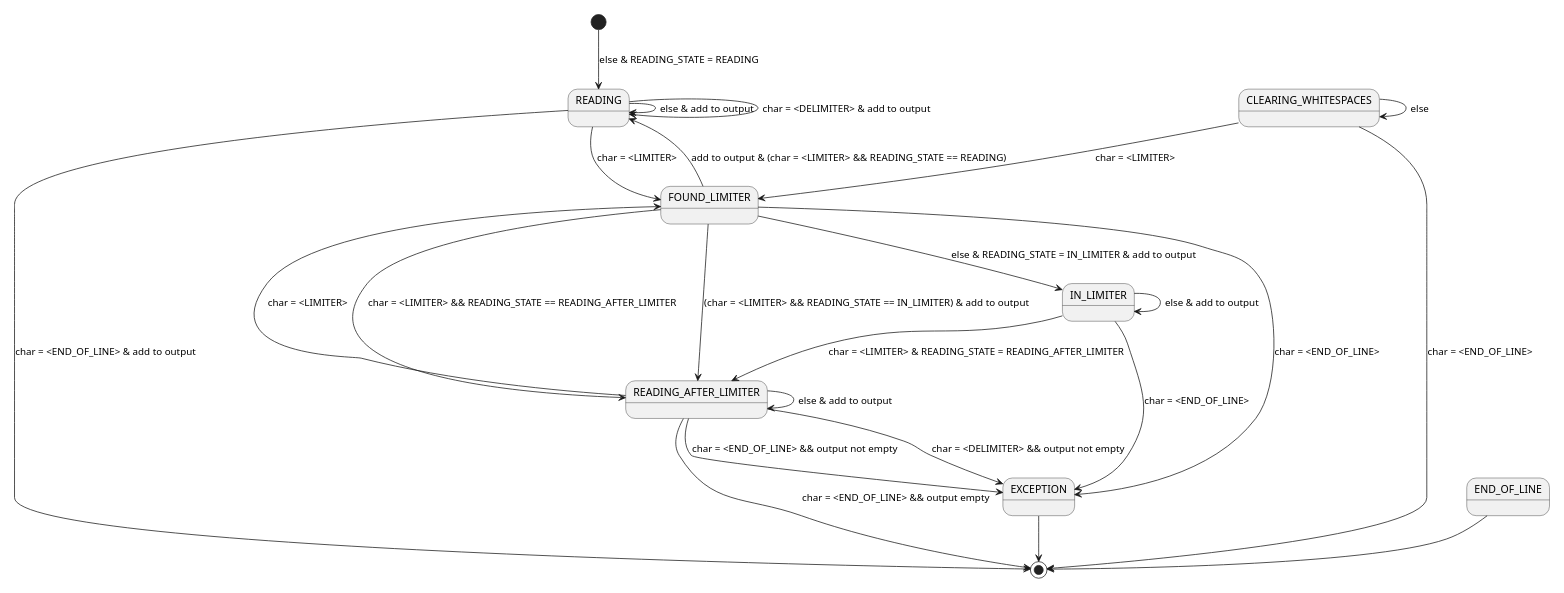
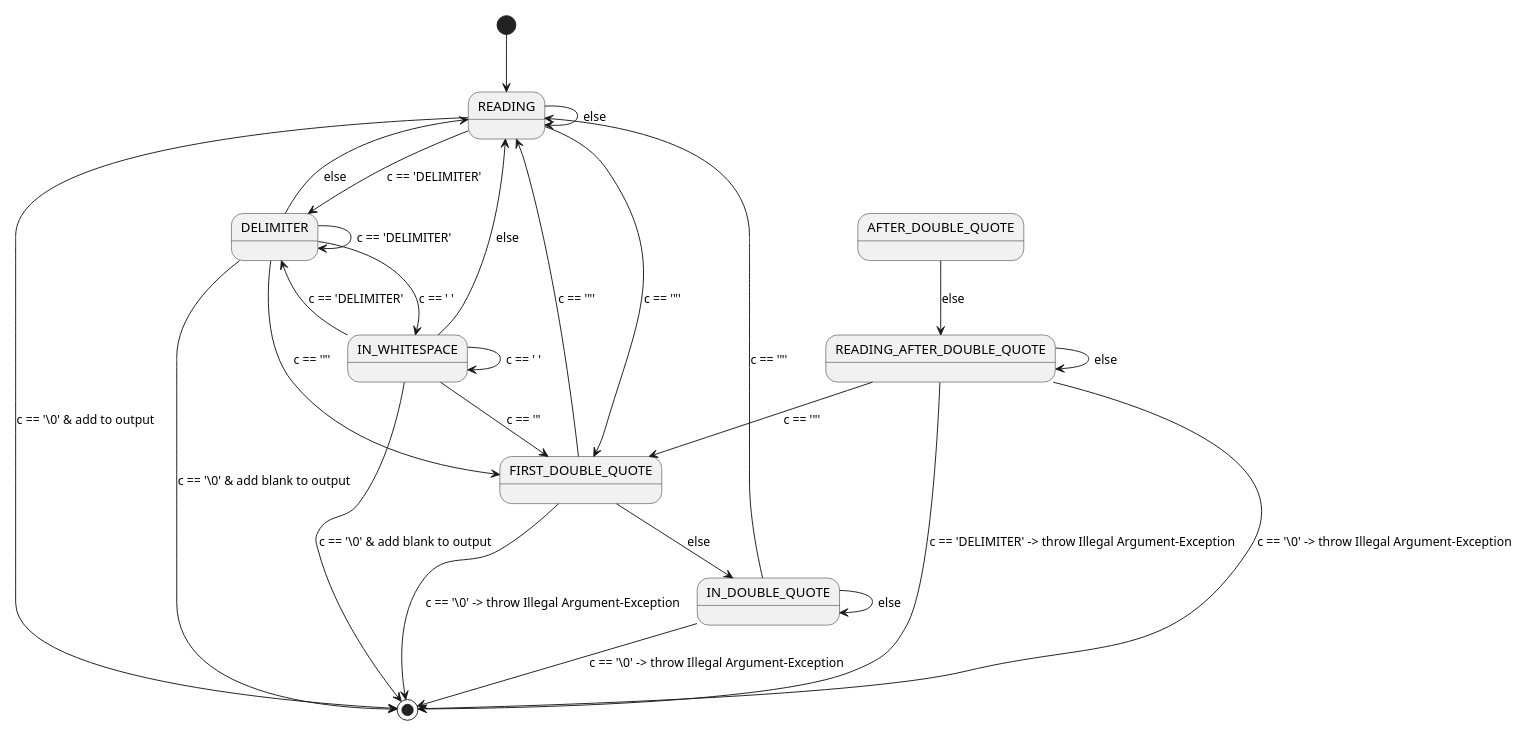
One commit to 1188-25-HTL3R/1188-25-HTL3R changed the diagram in UE03_CSV/src/csv/csv.puml. Above: the diagram before and after it, drawn with PlantUML. The commit also changed 5 other files, not shown here.

```diff
--- a/UE03_CSV/src/csv/csv.puml
+++ b/UE03_CSV/src/csv/csv.puml
@@ -1,31 +1,35 @@
 @startuml
 'https://plantuml.com/sequence-diagram
 
-scale 300 width
-scale 400 height
-[*] --> READING : else & READING_STATE = READING
-READING --> READING : else & add to output
-READING --> READING : char = <DELIMITER> & add to output
-READING --> FOUND_LIMITER : char = <LIMITER>
-FOUND_LIMITER --> IN_LIMITER : else & READING_STATE = IN_LIMITER & add to output
-FOUND_LIMITER --> READING : add to output & (char = <LIMITER> && READING_STATE == READING)
-FOUND_LIMITER --> READING_AFTER_LIMITER : char = <LIMITER> && READING_STATE == READING_AFTER_LIMITER
-FOUND_LIMITER --> READING_AFTER_LIMITER : (char = <LIMITER> && READING_STATE == IN_LIMITER) & add to output
-FOUND_LIMITER --> EXCEPTION : char = <END_OF_LINE>
-IN_LIMITER --> IN_LIMITER : else & add to output
-IN_LIMITER --> READING_AFTER_LIMITER : char = <LIMITER> & READING_STATE = READING_AFTER_LIMITER
-IN_LIMITER --> EXCEPTION : char = <END_OF_LINE>
-READING_AFTER_LIMITER --> READING_AFTER_LIMITER : else & add to output
-READING_AFTER_LIMITER --> EXCEPTION : char = <DELIMITER> && output not empty
-READING_AFTER_LIMITER --> EXCEPTION : char = <END_OF_LINE> && output not empty
-READING_AFTER_LIMITER --> FOUND_LIMITER : char = <LIMITER>
-CLEARING_WHITESPACES --> CLEARING_WHITESPACES : else
-CLEARING_WHITESPACES --> FOUND_LIMITER : char = <LIMITER>
-EXCEPTION --> [*]
-READING_AFTER_LIMITER --> [*] : char = <END_OF_LINE> && output empty
-CLEARING_WHITESPACES --> [*] : char = <END_OF_LINE>
-READING --> [*] : char = <END_OF_LINE> & add to output
+scale 500 width
+scale 500 height
+[*] --> READING
+READING --> [*] : c == '\0' & add to output
+READING --> FIRST_DOUBLE_QUOTE : c == '"'
+READING --> READING : else
+READING --> DELIMITER : c == 'DELIMITER'
+READING_AFTER_DOUBLE_QUOTE --> [*] : c == '\0' -> throw Illegal Argument-Exception
+READING_AFTER_DOUBLE_QUOTE --> FIRST_DOUBLE_QUOTE : c == '"'
+READING_AFTER_DOUBLE_QUOTE --> READING_AFTER_DOUBLE_QUOTE : else
+READING_AFTER_DOUBLE_QUOTE --> [*] : c == 'DELIMITER' -> throw Illegal Argument-Exception
+DELIMITER --> FIRST_DOUBLE_QUOTE : c == '"'
+DELIMITER --> READING : else
+DELIMITER --> DELIMITER : c == 'DELIMITER'
+DELIMITER --> IN_WHITESPACE : c == ' '
+DELIMITER --> [*] : c == '\0' & add blank to output
+IN_WHITESPACE --> FIRST_DOUBLE_QUOTE : c == '"
+IN_WHITESPACE --> READING : else
+IN_WHITESPACE --> DELIMITER : c == 'DELIMITER'
+IN_WHITESPACE --> [*] : c == '\0' & add blank to output
+IN_WHITESPACE --> IN_WHITESPACE : c == ' '
+FIRST_DOUBLE_QUOTE --> READING : c == '"'
+FIRST_DOUBLE_QUOTE --> IN_DOUBLE_QUOTE : else
+FIRST_DOUBLE_QUOTE --> [*] : c == '\0' -> throw Illegal Argument-Exception
+IN_DOUBLE_QUOTE --> IN_DOUBLE_QUOTE : else
+IN_DOUBLE_QUOTE --> READING : c == '"'
+IN_DOUBLE_QUOTE --> [*] : c == '\0' -> throw Illegal Argument-Exception
+AFTER_DOUBLE_QUOTE --> READING_AFTER_DOUBLE_QUOTE : else
 
-END_OF_LINE --> [*]
+
 
 @enduml
```
